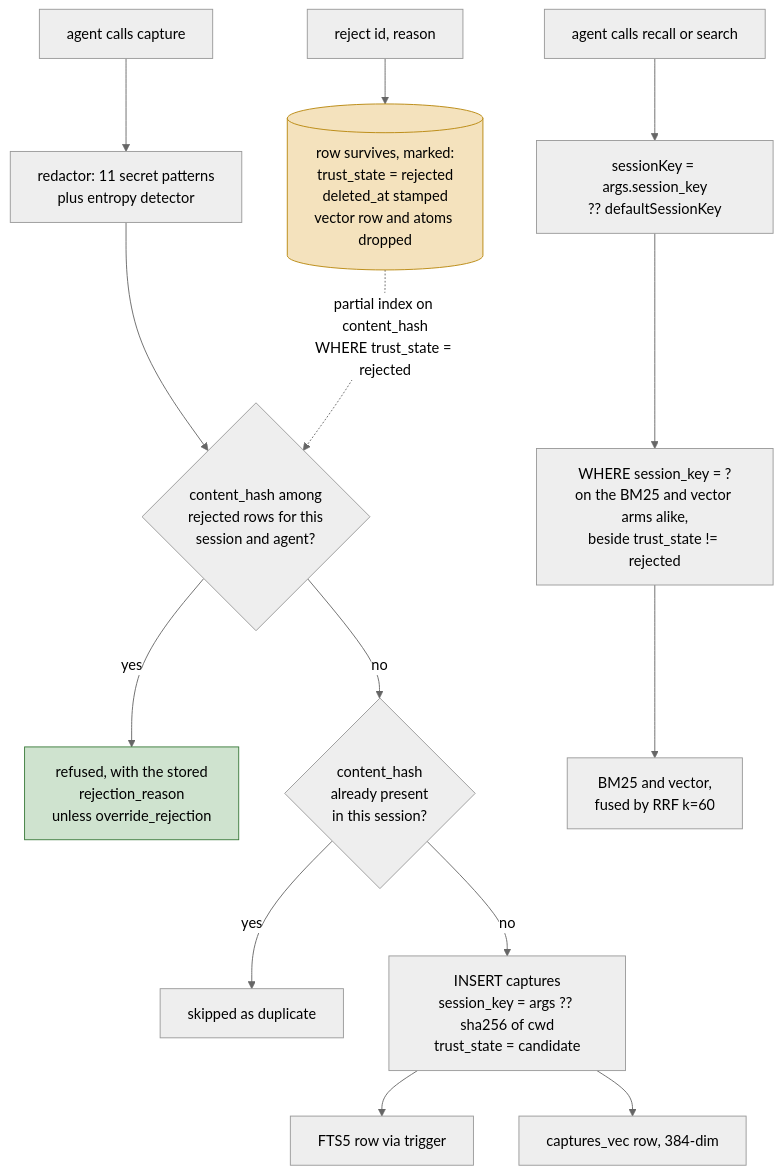
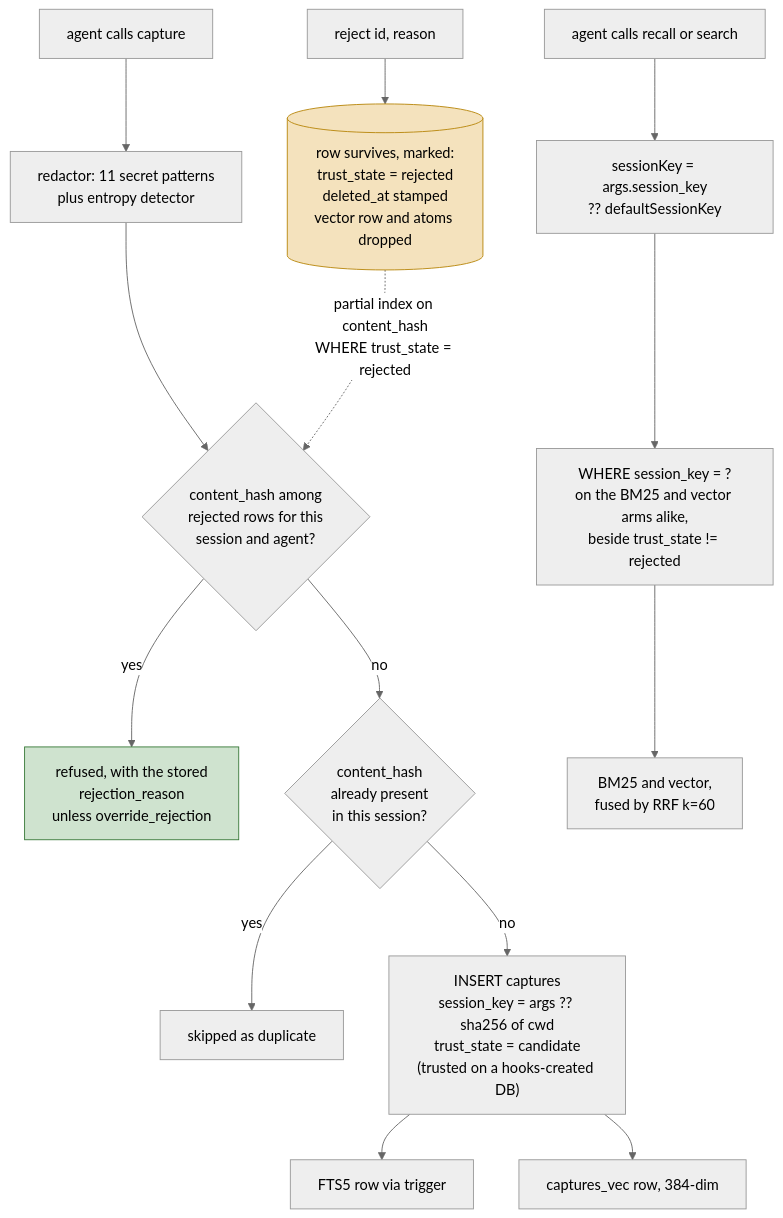
Before and after one commit to neoneye/agent-memory-atlas: the diagram in content/systems/remem-mcp.md, drawn with Mermaid (neutral theme). The commit also changed other lines of this file and 8 other files, not shown here.

````diff
--- a/content/systems/remem-mcp.md
+++ b/content/systems/remem-mcp.md
@@ -109,22 +130,22 @@
 ```mermaid
 %% caption: the write path looks its own content hash up among the rejected rows, so a refused value cannot re-enter — and each read handler substitutes the project's key before the storage layer's `if (sessionKey)` guard is reached, so no shipped path arrives there with undefined
 flowchart TB
     A["agent calls capture"] --> RD["redactor: 11 secret patterns<br/>plus entropy detector"]
     RD --> RJ{"content_hash among<br/>rejected rows for this<br/>session and agent?"}
     RJ -- yes --> REF["refused, with the stored<br/>rejection_reason<br/>unless override_rejection"]
     RJ -- no --> DH{"content_hash<br/>already present<br/>in this session?"}
     DH -- yes --> SKIP["skipped as duplicate"]
-    DH -- no --> W["INSERT captures<br/>session_key = args ?? sha256 of cwd<br/>trust_state = candidate"]
+    DH -- no --> W["INSERT captures<br/>session_key = args ?? sha256 of cwd<br/>trust_state = candidate<br/>(trusted on a hooks-created DB)"]
     W --> FTS["FTS5 row via trigger"]
     W --> VEC["captures_vec row, 384-dim"]
 
     RJC["reject id, reason"] --> T[("row survives, marked:<br/>trust_state = rejected<br/>deleted_at stamped<br/>vector row and atoms dropped")]
     T -. "partial index on content_hash<br/>WHERE trust_state = rejected" .-> RJ
 
     R["agent calls recall or search"] --> RK["sessionKey = args.session_key<br/>?? defaultSessionKey"]
     RK --> SC["WHERE session_key = ?<br/>on the BM25 and vector arms alike,<br/>beside trust_state != rejected"]
     SC --> F["BM25 and vector,<br/>fused by RRF k=60"]
 
     style REF fill:#cfe3cf,stroke:#3a7a3a
     style T fill:#f4e2bd,stroke:#b8860b
 ```
````
